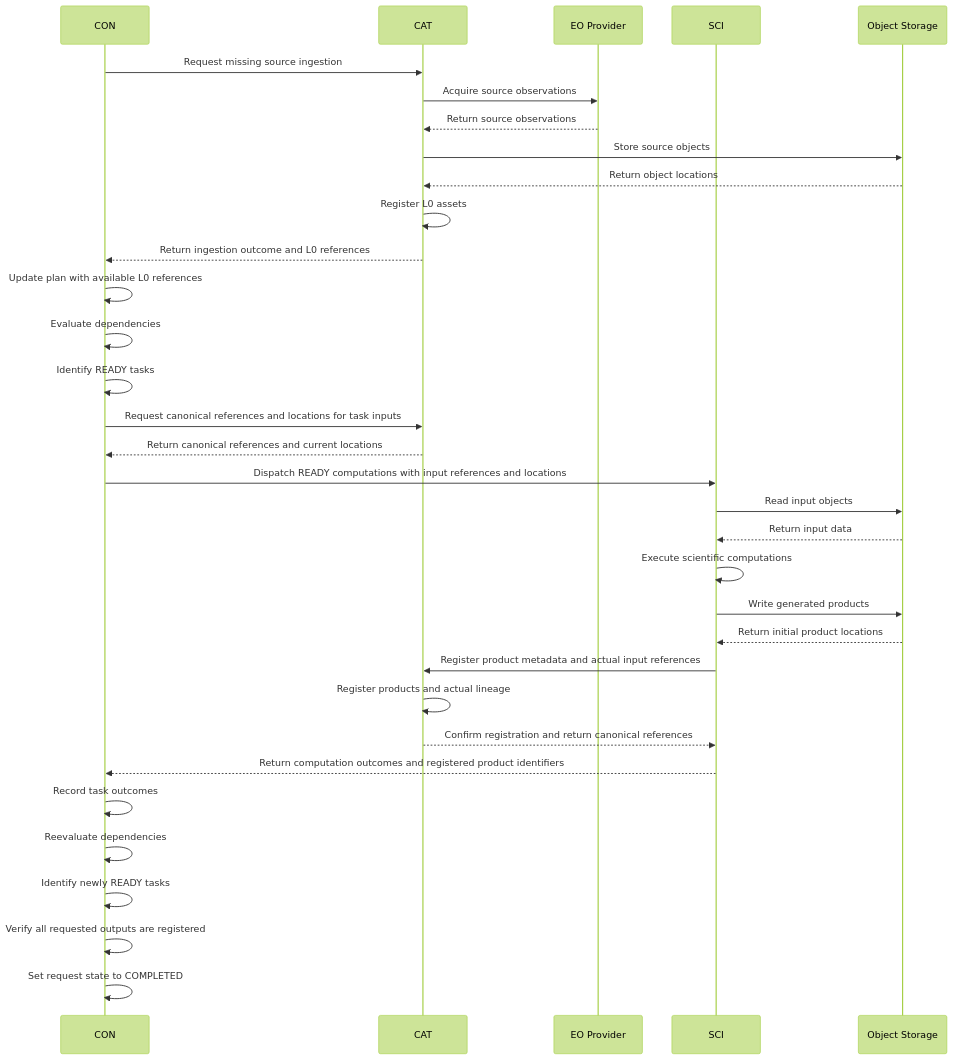
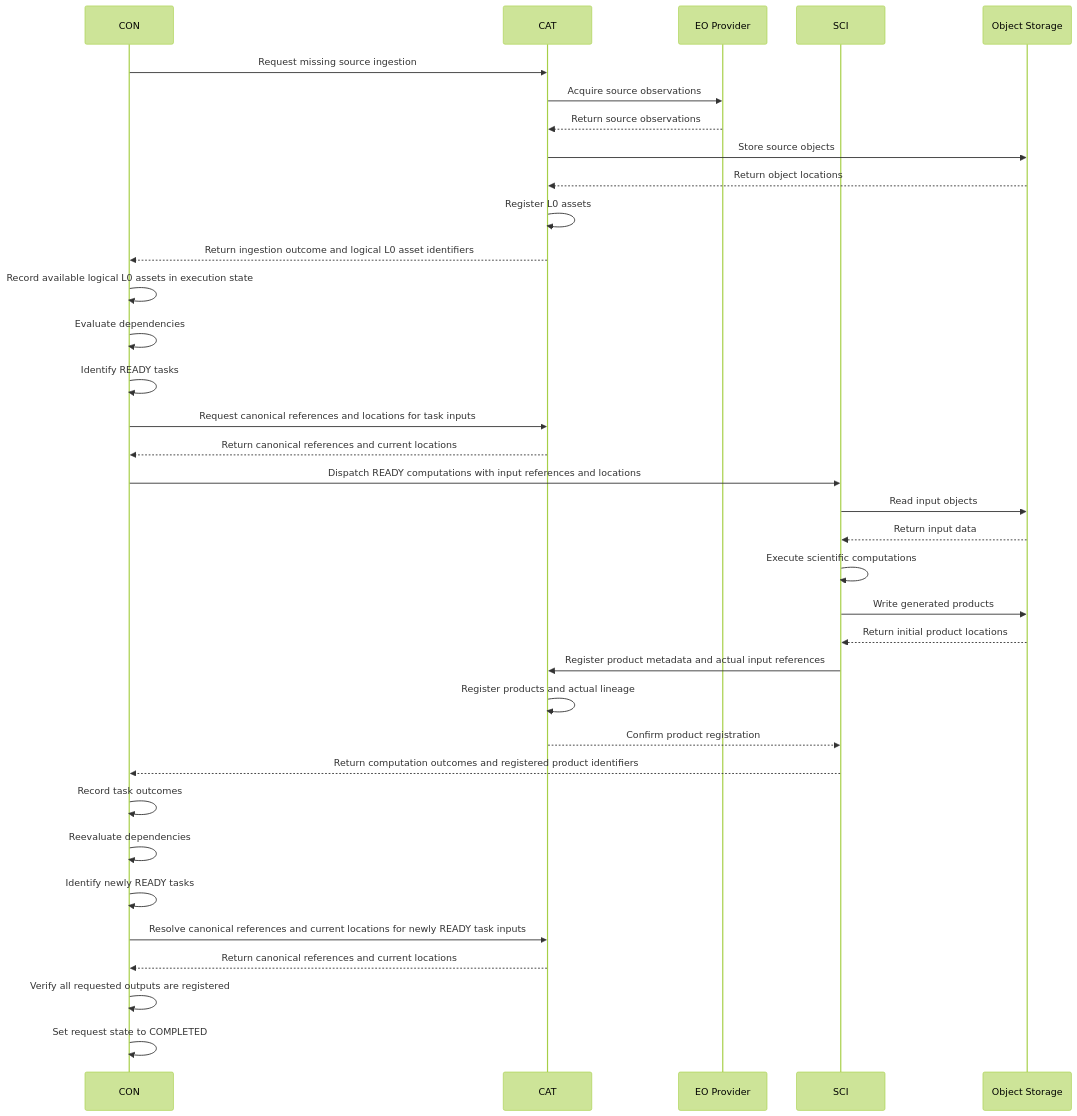
The diagram in documentation/architecture/sequence_diagrams/execute-analysis.md (arnaudsomville/MEOGAP), drawn with Mermaid (forest theme) before and after one commit. The commit also changed other lines of this file, not shown here.

Commit message:
docs: make CAT the sole source for execution asset locations

````diff
--- a/documentation/architecture/sequence_diagrams/execute-analysis.md
+++ b/documentation/architecture/sequence_diagrams/execute-analysis.md
@@ -15,39 +15,41 @@
 ```mermaid
 sequenceDiagram
     participant CON
     participant CAT
     participant EO as EO Provider
     participant SCI
     participant S3 as Object Storage
 
     CON->>CAT: Request missing source ingestion
     CAT->>EO: Acquire source observations
     EO-->>CAT: Return source observations
     CAT->>S3: Store source objects
     S3-->>CAT: Return object locations
     CAT->>CAT: Register L0 assets
-    CAT-->>CON: Return ingestion outcome and L0 references
+    CAT-->>CON: Return ingestion outcome and logical L0 asset identifiers
 
-    CON->>CON: Update plan with available L0 references
+    CON->>CON: Record available logical L0 assets in execution state
     CON->>CON: Evaluate dependencies
     CON->>CON: Identify READY tasks
     CON->>CAT: Request canonical references and locations for task inputs
     CAT-->>CON: Return canonical references and current locations
     CON->>SCI: Dispatch READY computations with input references and locations
 
     SCI->>S3: Read input objects
     S3-->>SCI: Return input data
     SCI->>SCI: Execute scientific computations
     SCI->>S3: Write generated products
     S3-->>SCI: Return initial product locations
     SCI->>CAT: Register product metadata and actual input references
     CAT->>CAT: Register products and actual lineage
-    CAT-->>SCI: Confirm registration and return canonical references
+    CAT-->>SCI: Confirm product registration
     SCI-->>CON: Return computation outcomes and registered product identifiers
     CON->>CON: Record task outcomes
     CON->>CON: Reevaluate dependencies
     CON->>CON: Identify newly READY tasks
+    CON->>CAT: Resolve canonical references and current locations for newly READY task inputs
+    CAT-->>CON: Return canonical references and current locations
 
     CON->>CON: Verify all requested outputs are registered
     CON->>CON: Set request state to COMPLETED
 ```
````
